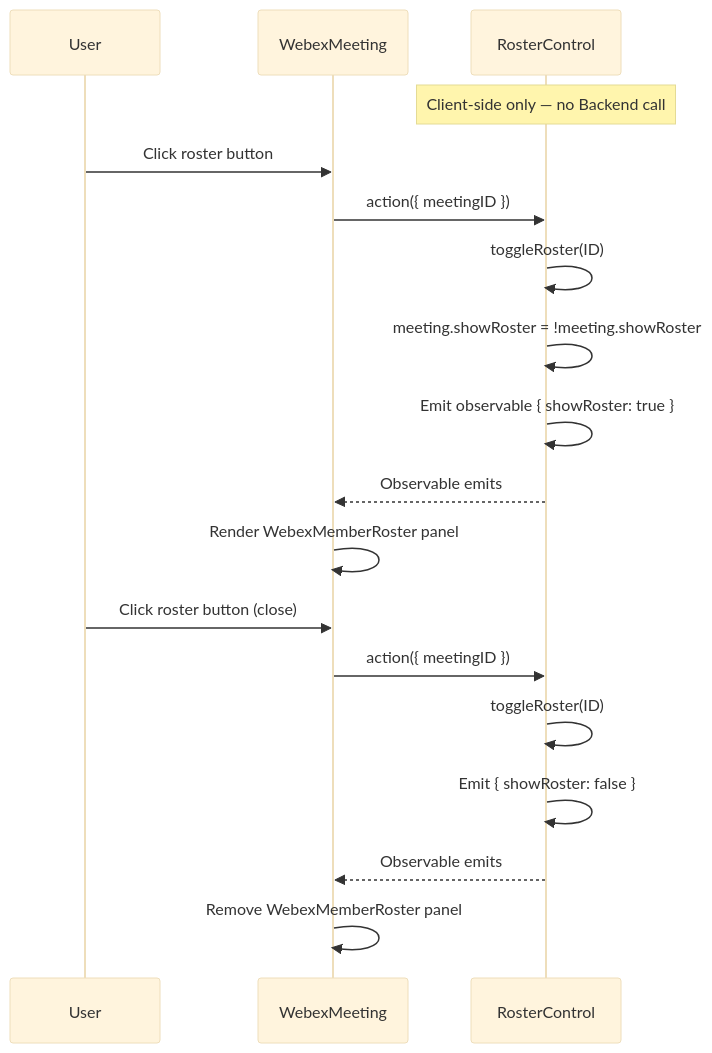
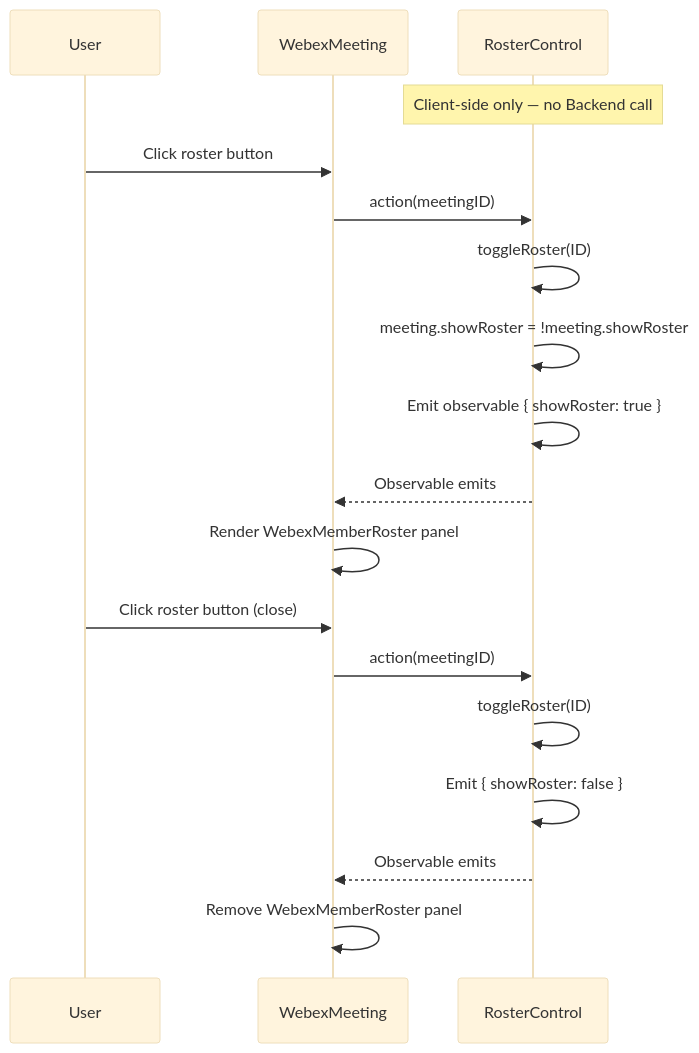
The eighth of 13 diagrams in packages/@webex/widgets/ai-docs/ARCHITECTURE.md (webex/widgets), drawn with Mermaid (base theme) before and after one commit. The commit also changed other lines of this file and 1 other file, not shown here.

````diff
--- a/packages/@webex/widgets/ai-docs/ARCHITECTURE.md
+++ b/packages/@webex/widgets/ai-docs/ARCHITECTURE.md
@@ -418,23 +447,23 @@
 ```mermaid
 sequenceDiagram
     participant User
     participant Component as WebexMeeting
     participant Adapter as RosterControl
 
     Note over Adapter: Client-side only — no Backend call
 
     User->>Component: Click roster button
-    Component->>Adapter: action({ meetingID })
+    Component->>Adapter: action(meetingID)
     Adapter->>Adapter: toggleRoster(ID)
     Adapter->>Adapter: meeting.showRoster = !meeting.showRoster
     Adapter->>Adapter: Emit observable { showRoster: true }
     Adapter-->>Component: Observable emits
     Component->>Component: Render WebexMemberRoster panel
 
     User->>Component: Click roster button (close)
-    Component->>Adapter: action({ meetingID })
+    Component->>Adapter: action(meetingID)
     Adapter->>Adapter: toggleRoster(ID)
     Adapter->>Adapter: Emit { showRoster: false }
     Adapter-->>Component: Observable emits
     Component->>Component: Remove WebexMemberRoster panel
 ```
````
